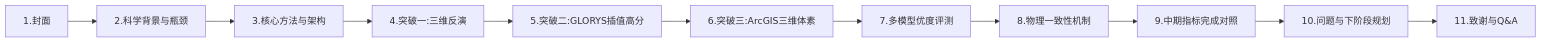
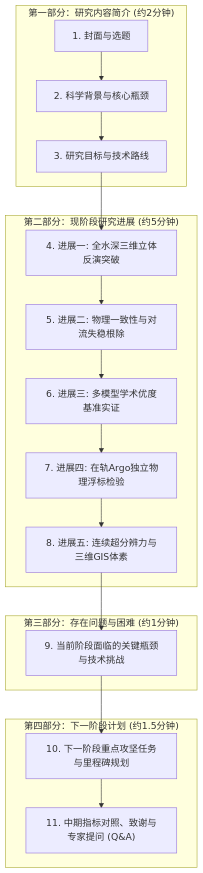
One commit to ldray857/Pinn-Ocean changed the diagram in docs/中期答辩汇报PPT与演讲文案.md. Above: the diagram before and after it, drawn with Mermaid. The commit also changed other lines of this file and 3 other files, not shown here.

````diff
--- a/docs/中期答辩汇报PPT与演讲文案.md
+++ b/docs/中期答辩汇报PPT与演讲文案.md
@@ -14,13 +14,21 @@
 ```mermaid
-flowchart LR
-    P1["1.封面"] --> P2["2.科学背景与瓶颈"]
-    P2 --> P3["3.核心方法与架构"]
-    P3 --> P4["4.突破一:三维反演"]
-    P4 --> P5["5.突破二:GLORYS插值高分"]
-    P5 --> P6["6.突破三:ArcGIS三维体素"]
-    P6 --> P7["7.多模型优度评测"]
-    P7 --> P8["8.物理一致性机制"]
-    P8 --> P9["9.中期指标完成对照"]
-    P9 --> P10["10.问题与下阶段规划"]
-    P10 --> P11["11.致谢与Q&A"]
+flowchart TD
+    subgraph Part1["第一部分：研究内容简介 (约2分钟)"]
+        P1["1. 封面与选题"] --> P2["2. 科学背景与核心瓶颈"]
+        P2 --> P3["3. 研究目标与技术路线"]
+    end
+    subgraph Part2["第二部分：现阶段研究进展 (约5分钟)"]
+        P3 --> P4["4. 进展一: 全水深三维立体反演突破"]
+        P4 --> P5["5. 进展二: 物理一致性与对流失稳根除"]
+        P5 --> P6["6. 进展三: 多模型学术优度基准实证"]
+        P6 --> P7["7. 进展四: 在轨Argo独立物理浮标检验"]
+        P7 --> P8["8. 进展五: 连续超分辨力与三维GIS体素"]
+    end
+    subgraph Part3["第三部分：存在问题与困难 (约1分钟)"]
+        P8 --> P9["9. 当前阶段面临的关键瓶颈与技术挑战"]
+    end
+    subgraph Part4["第四部分：下一阶段计划 (约1.5分钟)"]
+        P9 --> P10["10. 下一阶段重点攻坚任务与里程碑规划"]
+        P10 --> P11["11. 中期指标对照、致谢与专家提问 (Q&A)"]
+    end
 ```
````
